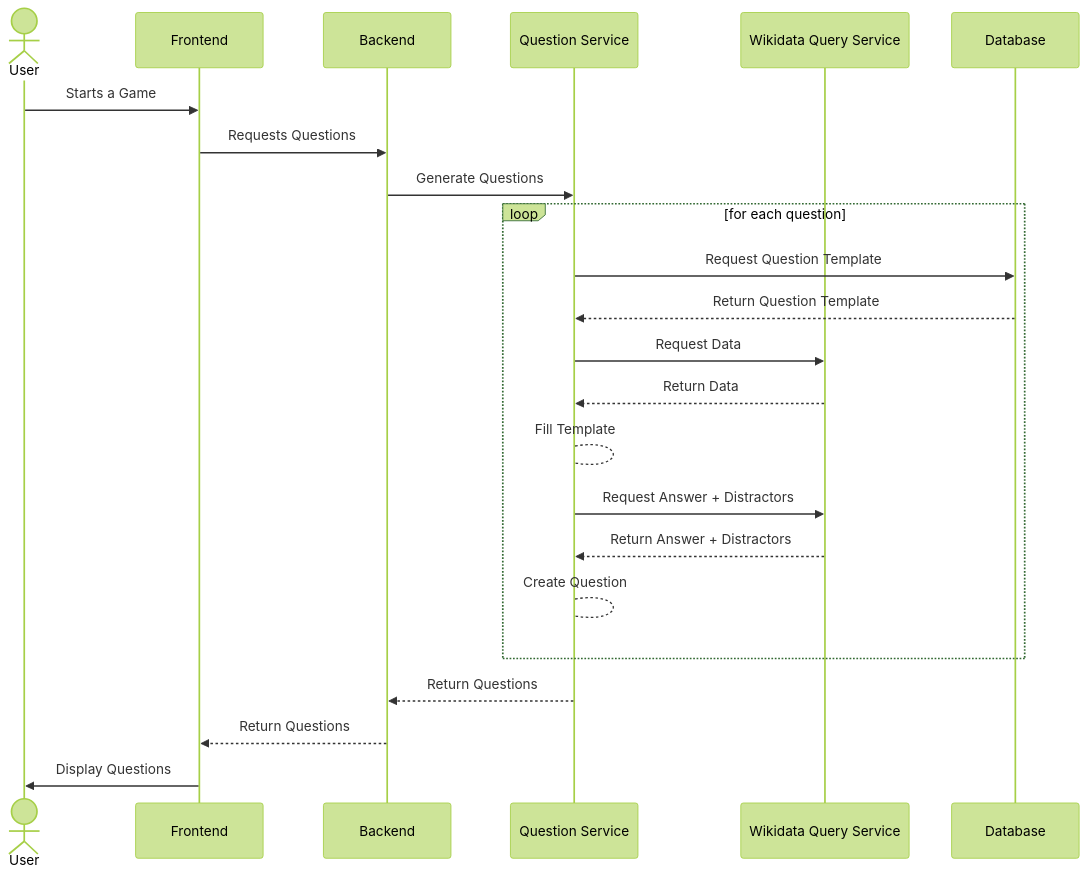
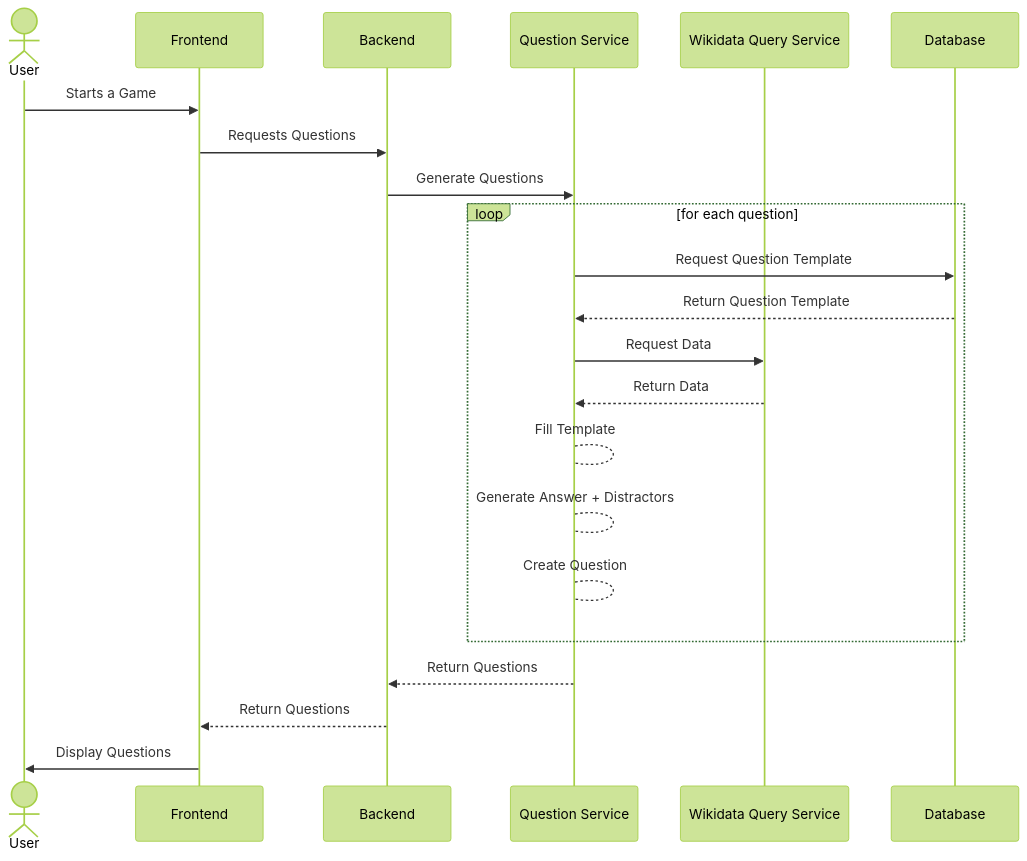
The second of 3 diagrams in docs/src/06_runtime_view.adoc (Arquisoft/wiq_en3b), drawn with Mermaid (forest theme) before and after one commit. The commit also changed other lines of this file, not shown here.

Commit message:
Updated Question Generation Diagram
Question Generation Diagram and description updated to better represent current implementation

```diff
--- a/docs/src/06_runtime_view.adoc
+++ b/docs/src/06_runtime_view.adoc
@@ -72,28 +72,27 @@
 [mermaid]
 ....
  sequenceDiagram
     actor U as User
     participant FE as Frontend 
     participant BE as Backend 
     participant QGS as Question Service
     participant WQS as Wikidata Query Service 
     participant DB as Database 
 
     U->>FE: Starts a Game
     FE->>BE: Requests Questions
     BE->>QGS: Generate Questions
 
     loop for each question
         QGS->>DB: Request Question Template
         DB-->>QGS: Return Question Template
         QGS->>WQS: Request Data
         WQS-->>QGS: Return Data
         QGS-->QGS: Fill Template
-        QGS->>WQS: Request Answer + Distractors
-        WQS-->>QGS: Return Answer + Distractors
+        QGS-->QGS: Generate Answer + Distractors
         QGS-->QGS: Create Question
     end 
     QGS-->>BE: Return Questions
     BE-->>FE: Return Questions
     FE->>U: Display Questions
 ....
```
